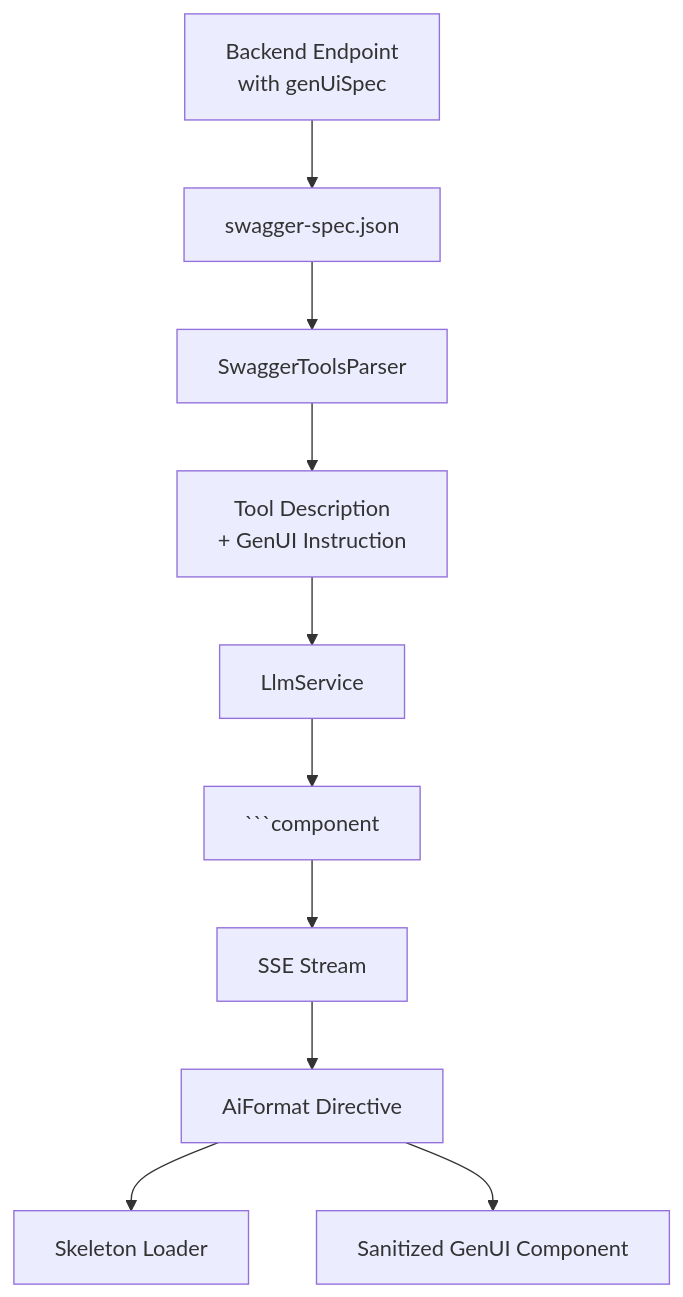
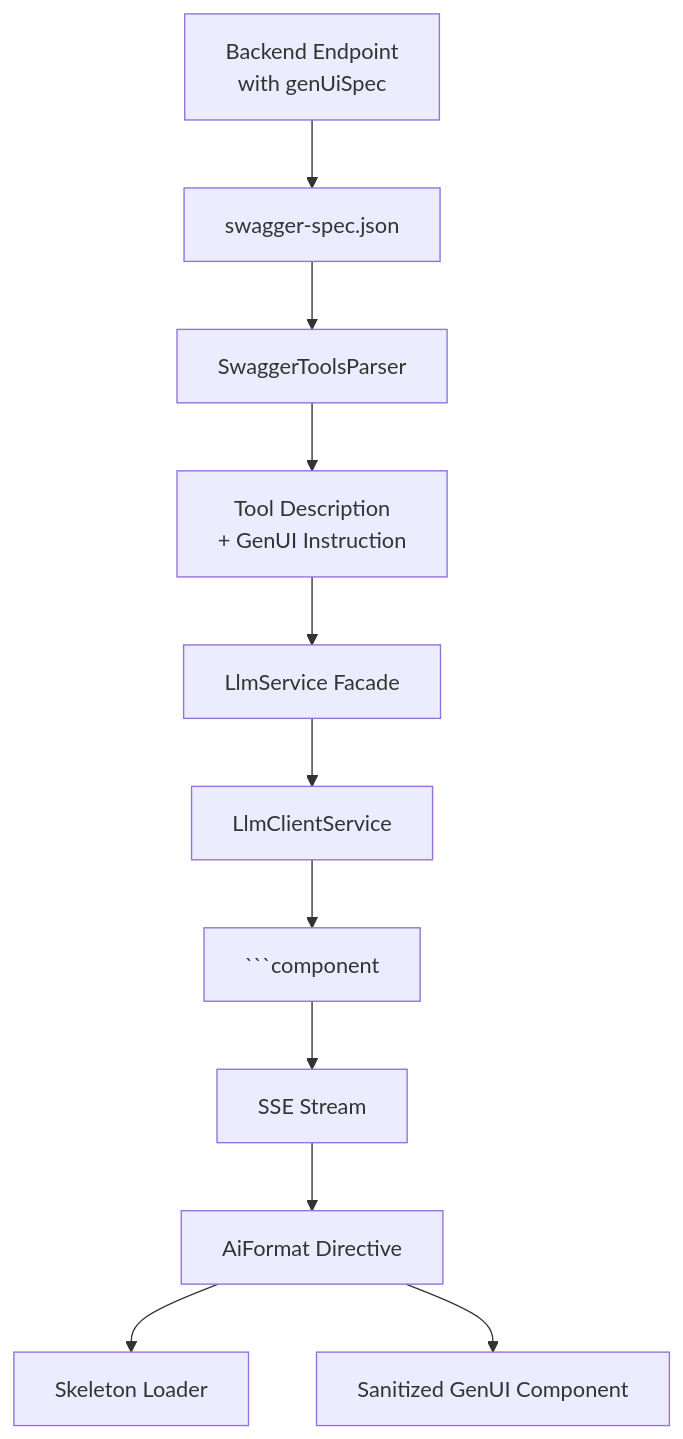
Before and after one commit to Poratt/Agentic-Agent: the fifth of 6 diagrams in documents/architecture-diagram.md, drawn with Mermaid. The commit also changed other lines of this file and 21 other files, not shown here.

`````diff
--- a/documents/architecture-diagram.md
+++ b/documents/architecture-diagram.md
@@ -188,12 +199,13 @@
 ````mermaid
 flowchart TD
   ToolEndpoint[Backend Endpoint\nwith genUiSpec] --> SwaggerSpec[swagger-spec.json]
   SwaggerSpec --> Parser[SwaggerToolsParser]
   Parser --> ToolDesc[Tool Description\n+ GenUI Instruction]
-  ToolDesc --> LLM[LlmService]
-  LLM --> Component[```component]
+  ToolDesc --> LLM[LlmService Facade]
+  LLM --> Client[LlmClientService]
+  Client --> Component[```component]
   Component --> Stream[SSE Stream]
   Stream --> AiFormat[AiFormat Directive]
   AiFormat --> Skeleton[Skeleton Loader]
   AiFormat --> Render[Sanitized GenUI Component]
 ````
`````
